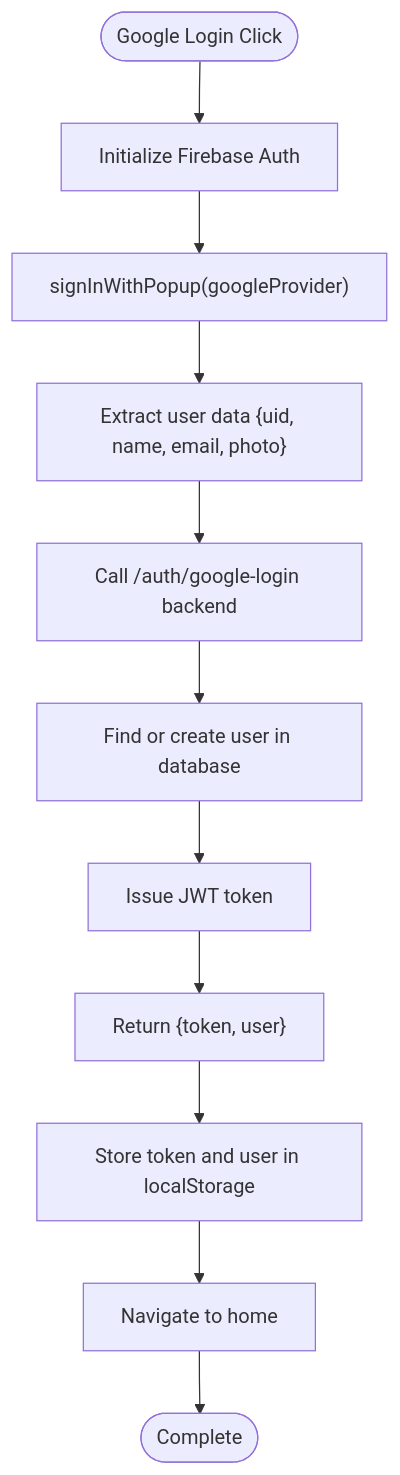
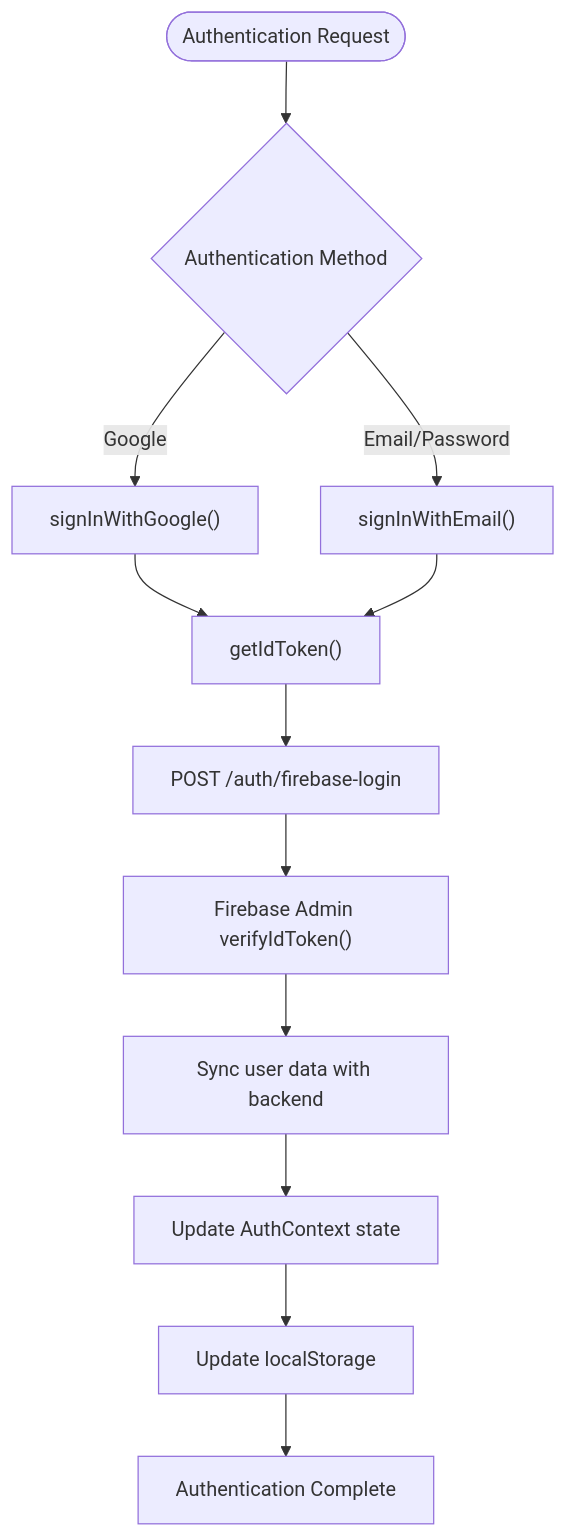
The fourth of 9 diagrams in .qoder/repowiki/en/content/Authentication & Authorization/Frontend Authentication State Management.md (Pavan-PSPK9032/TrendsandToss), drawn with Mermaid before and after one commit. The commit also changed other lines of this file and 9 other files, not shown here.

````diff
--- a/.qoder/repowiki/en/content/Authentication & Authorization/Frontend Authentication State Management.md
+++ b/.qoder/repowiki/en/content/Authentication & Authorization/Frontend Authentication State Management.md
@@ -228,13 +212,14 @@
 ```mermaid
 flowchart TD
-Start(["Google Login Click"]) --> InitFirebase["Initialize Firebase Auth"]
-InitFirebase --> SignInPopup["signInWithPopup(googleProvider)"]
-SignInPopup --> ExtractData["Extract user data {uid, name, email, photo}"]
-ExtractData --> CallBackend["Call /auth/google-login backend"]
-CallBackend --> CreateUpdateUser["Find or create user in database"]
-CreateUpdateUser --> IssueJWT["Issue JWT token"]
-IssueJWT --> ReturnToken["Return {token, user}"]
-ReturnToken --> PersistData["Store token and user in localStorage"]
-PersistData --> Navigate["Navigate to home"]
-Navigate --> End(["Complete"])
+Start(["Authentication Request"]) --> Method{"Authentication Method"}
+Method --> |Google| GoogleAuth["signInWithGoogle()"]
+Method --> |Email/Password| EmailAuth["signInWithEmail()"]
+GoogleAuth --> GetToken["getIdToken()"]
+EmailAuth --> GetToken
+GetToken --> SendToBackend["POST /auth/firebase-login"]
+SendToBackend --> VerifyToken["Firebase Admin verifyIdToken()"]
+VerifyToken --> SyncUser["Sync user data with backend"]
+SyncUser --> UpdateContext["Update AuthContext state"]
+UpdateContext --> UpdateStorage["Update localStorage"]
+UpdateStorage --> Success["Authentication Complete"]
 ```
````
